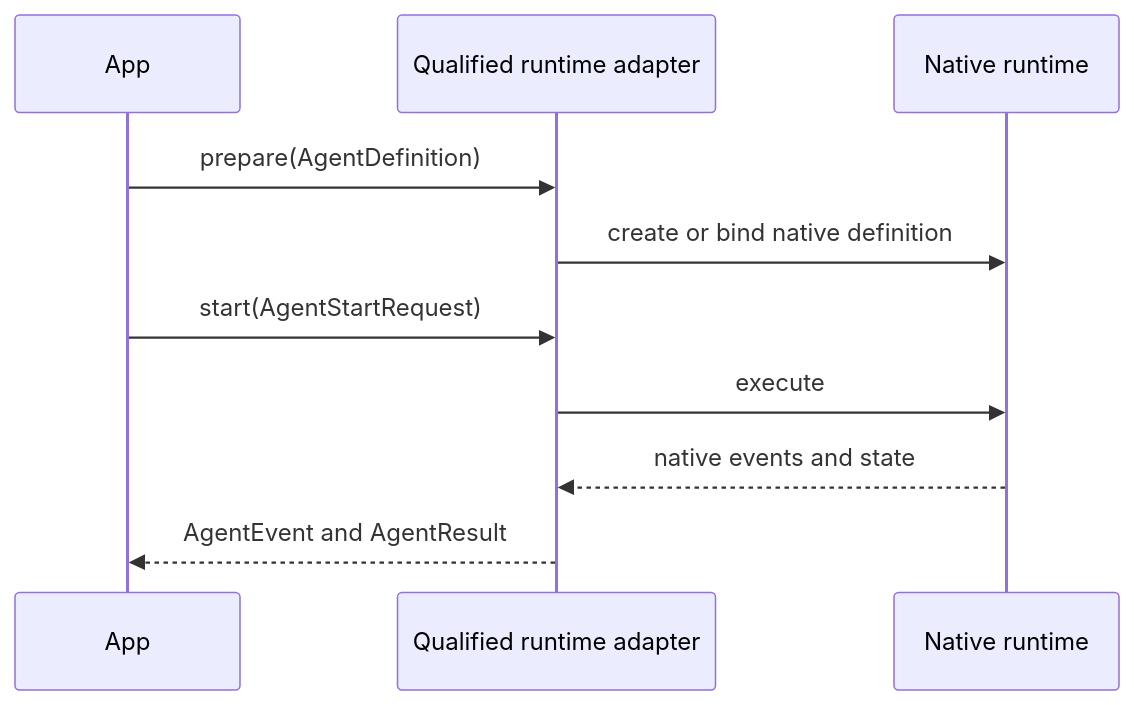
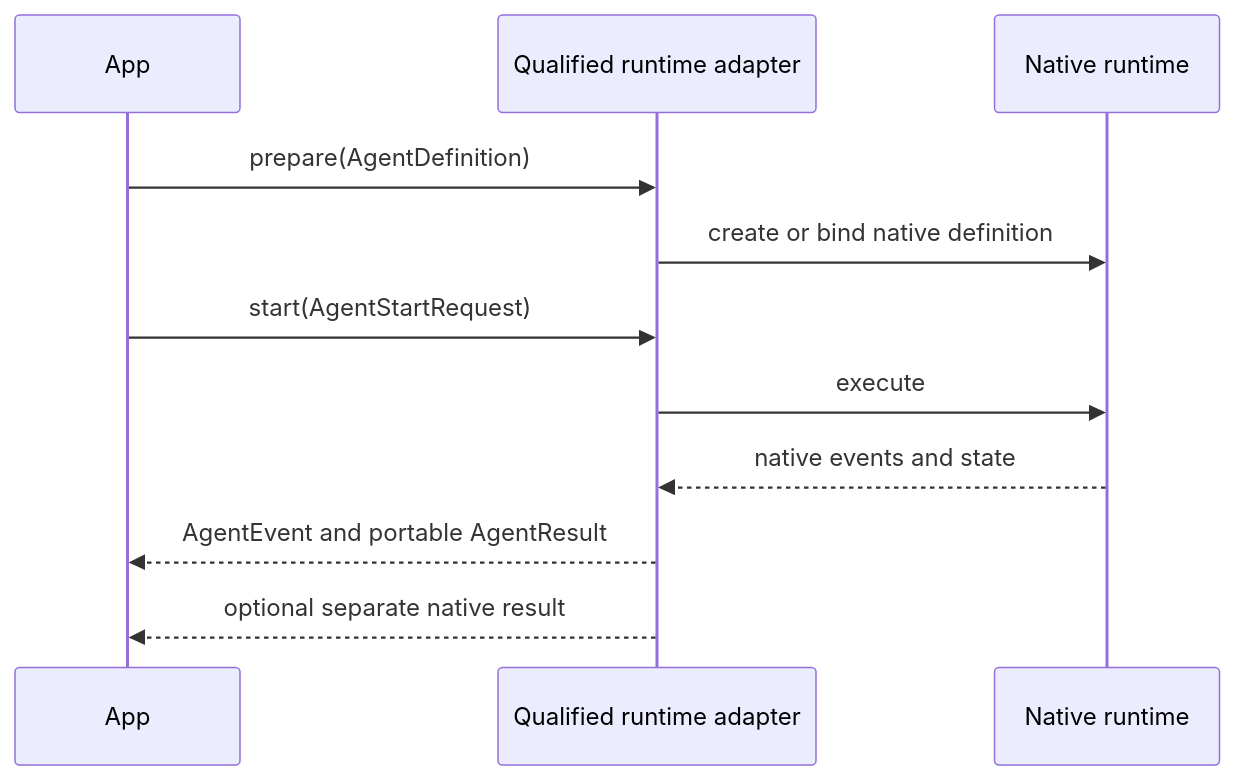
One commit to theGeekist/llm-core changed the diagram in docs/guide/agent.md. Above: the diagram before and after it, drawn with Mermaid. The commit also changed other lines of this file and 34 other files, not shown here.

````diff
--- a/docs/guide/agent.md
+++ b/docs/guide/agent.md
@@ -16,12 +29,13 @@
 ```mermaid
 sequenceDiagram
   participant App
   participant Adapter as Qualified runtime adapter
   participant Native as Native runtime
   App->>Adapter: prepare(AgentDefinition)
   Adapter->>Native: create or bind native definition
   App->>Adapter: start(AgentStartRequest)
   Adapter->>Native: execute
   Native-->>Adapter: native events and state
-  Adapter-->>App: AgentEvent and AgentResult
+  Adapter-->>App: AgentEvent and portable AgentResult
+  Adapter-->>App: optional separate native result
 ```
````
